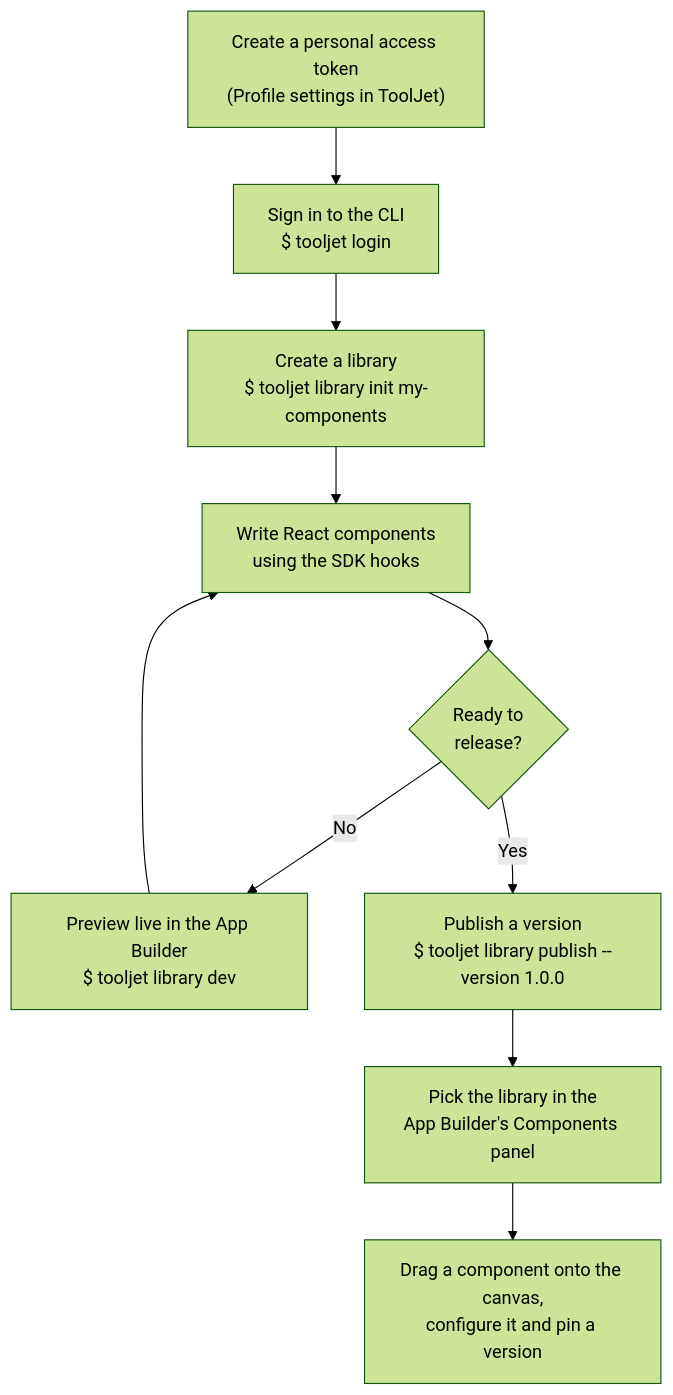
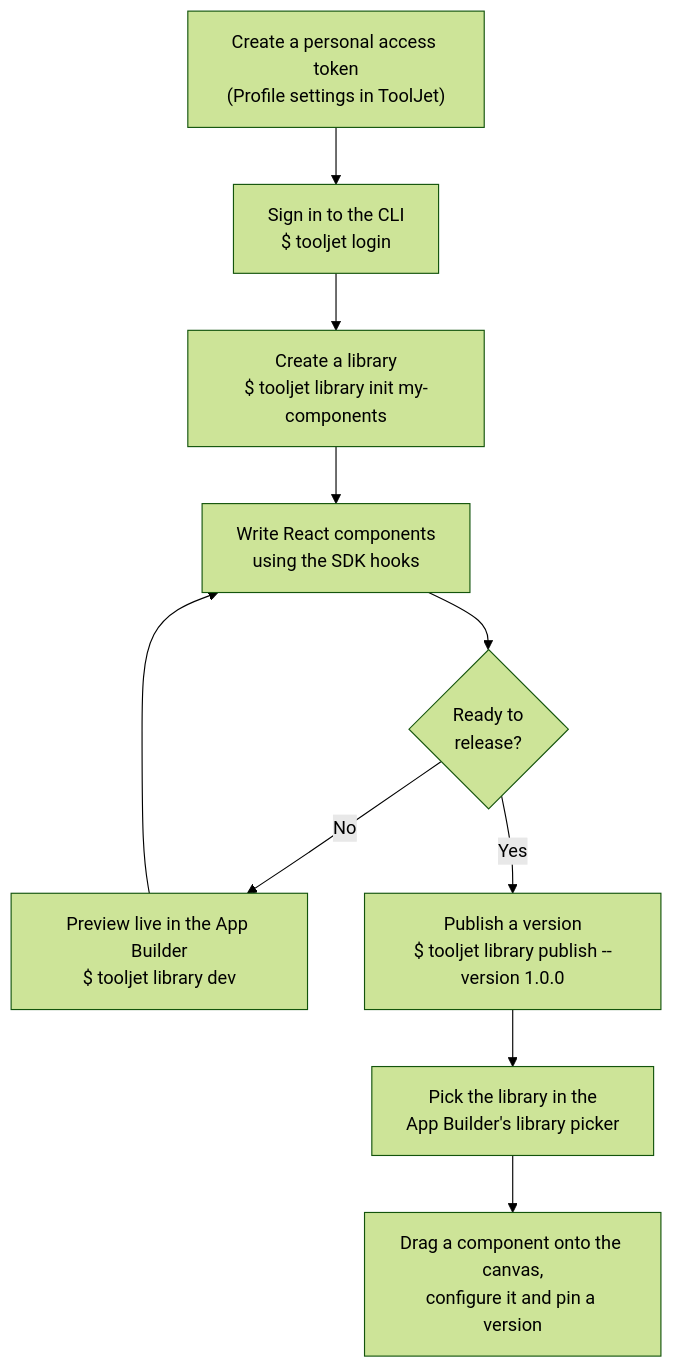
One commit to ToolJet/ToolJet changed the diagram in docs/docs/app-builder/custom-component-library/overview.md. Above: the diagram before and after it, drawn with Mermaid (forest theme). The commit also changed other lines of this file and 13 other files, not shown here.

````diff
--- a/docs/docs/app-builder/custom-component-library/overview.md
+++ b/docs/docs/app-builder/custom-component-library/overview.md
@@ -38,12 +67,12 @@
 ```mermaid
 flowchart TD
   A["Create a personal access token<br/>(Profile settings in ToolJet)"] --> B["Sign in to the CLI<br/>$ tooljet login"]
   B --> C["Create a library<br/>$ tooljet library init my-components"]
   C --> D["Write React components<br/>using the SDK hooks"]
   D --> E{"Ready to<br/>release?"}
   E -->|No| F["Preview live in the App Builder<br/>$ tooljet library dev"]
   F --> D
   E -->|Yes| G["Publish a version<br/>$ tooljet library publish --version 1.0.0"]
-  G --> H["Pick the library in the<br/>App Builder's Components panel"]
+  G --> H["Pick the library in the<br/>App Builder's library picker"]
   H --> I["Drag a component onto the canvas,<br/>configure it and pin a version"]
 ```
````
